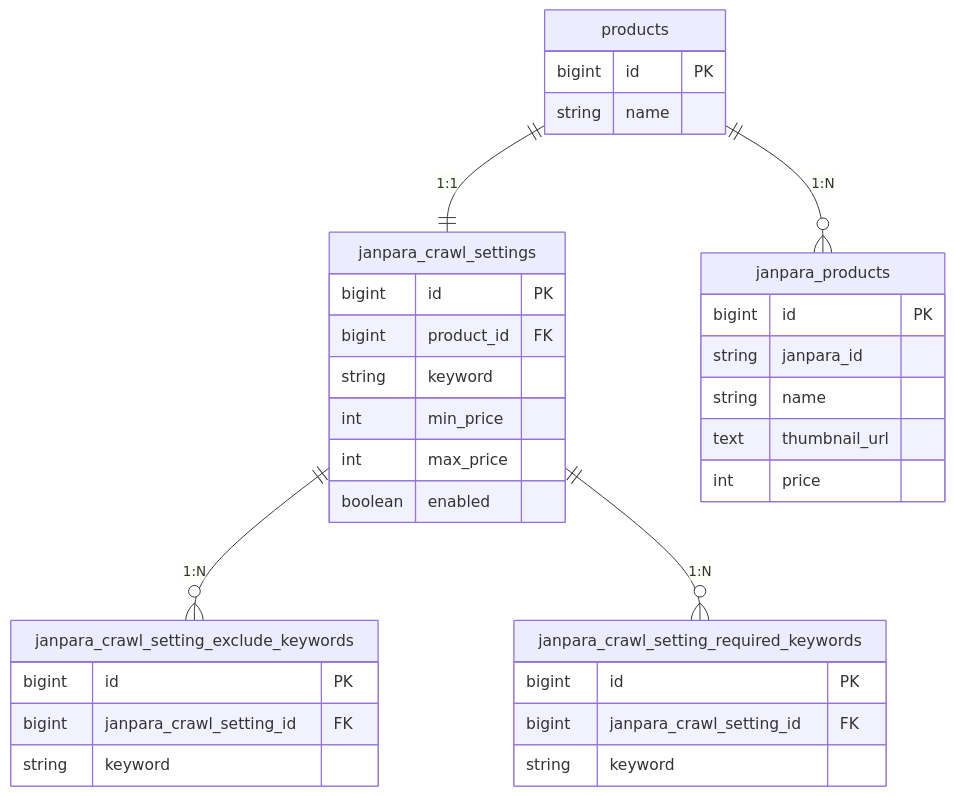
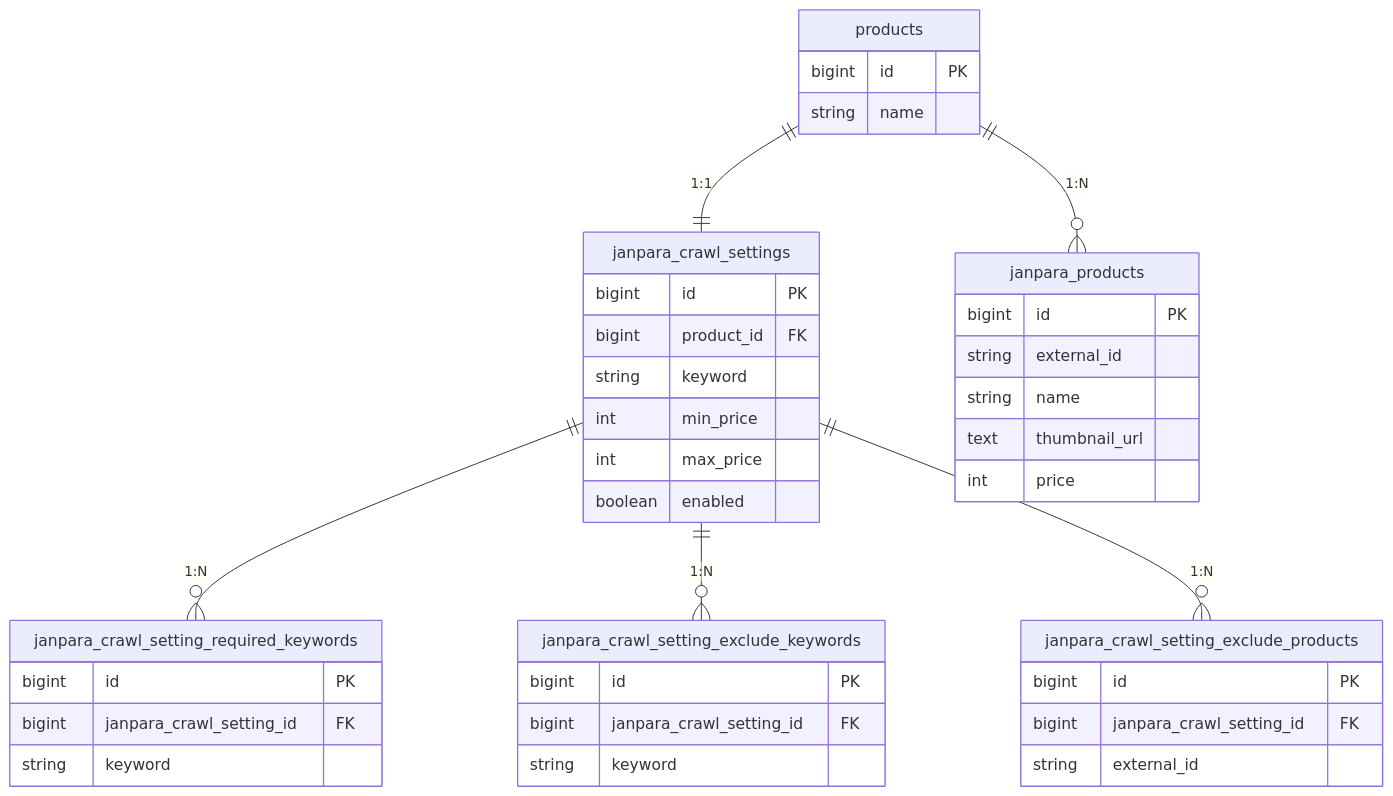
One commit to kuroweb/price-monitoring changed the fifth of 9 diagrams in README.md. Above: the diagram before and after it, drawn with Mermaid. The commit also changed other lines of this file, not shown here.

````diff
--- a/README.md
+++ b/README.md
@@ -216,37 +234,43 @@
 ```mermaid
 erDiagram
   products {
     bigint id PK
     string name
   }
   janpara_crawl_settings {
     bigint id PK
     bigint product_id FK
     string keyword
     int min_price
     int max_price
     boolean enabled
   }
+  janpara_crawl_setting_required_keywords {
+    bigint id PK
+    bigint janpara_crawl_setting_id FK
+    string keyword
+  }
   janpara_crawl_setting_exclude_keywords {
     bigint id PK
     bigint janpara_crawl_setting_id FK
     string keyword
   }
-  janpara_crawl_setting_required_keywords {
+  janpara_crawl_setting_exclude_products {
     bigint id PK
     bigint janpara_crawl_setting_id FK
-    string keyword
+    string external_id
   }
   janpara_products {
     bigint id PK
-    string janpara_id
+    string external_id
     string name
     text thumbnail_url
     int price
   }
 
   products ||--|| janpara_crawl_settings : "1:1"
+  janpara_crawl_settings ||--o{ janpara_crawl_setting_required_keywords : "1:N"
   janpara_crawl_settings ||--o{ janpara_crawl_setting_exclude_keywords : "1:N"
-  janpara_crawl_settings ||--o{ janpara_crawl_setting_required_keywords : "1:N"
+  janpara_crawl_settings ||--o{ janpara_crawl_setting_exclude_products : "1:N"
   products ||--o{ janpara_products : "1:N"
 ```
````
